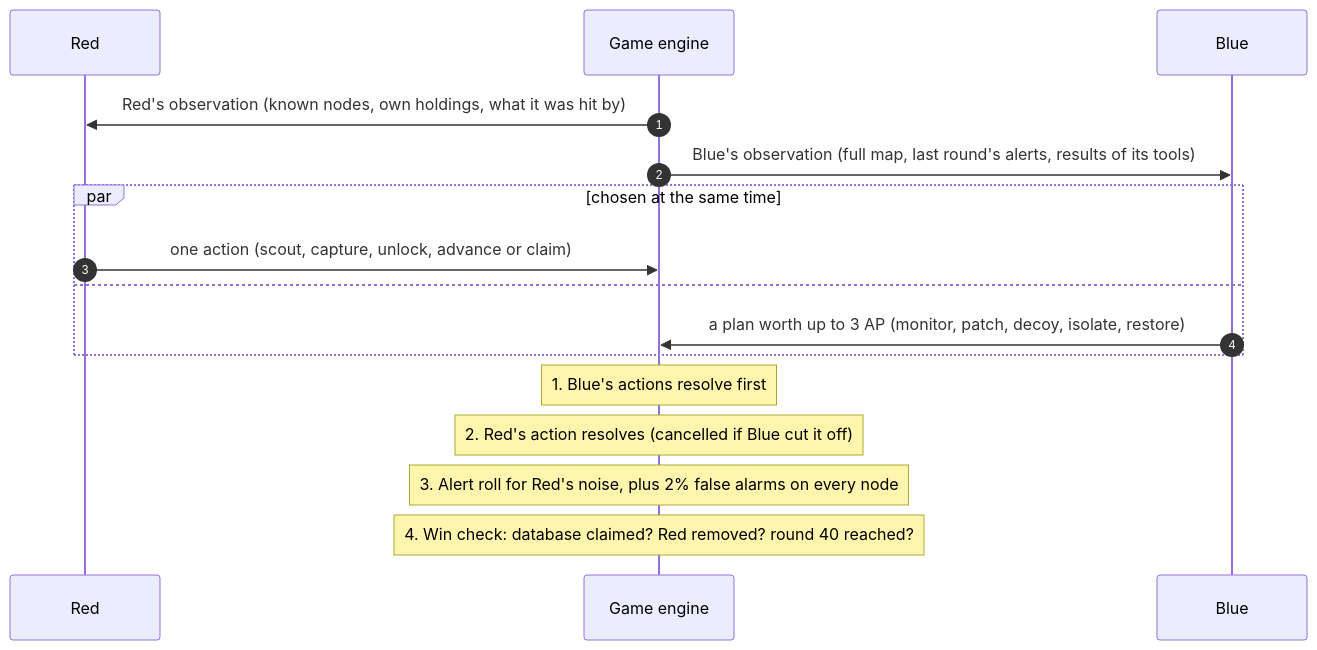
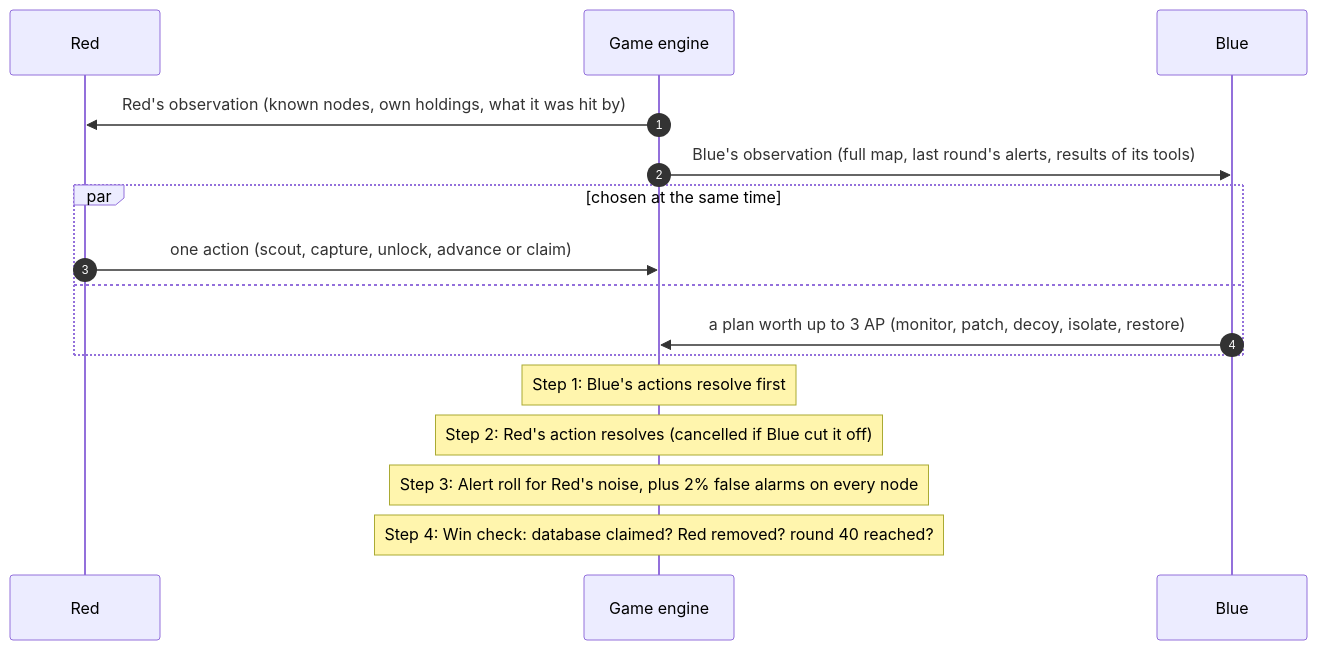
Before and after one commit to shadowfax-505/Zero-Day: the fifth of 12 diagrams in README.md, drawn with Mermaid. The commit also changed other lines of this file, not shown here.

Commit message:
README: fix the co-evolution diagram on GitHub

````diff
--- a/README.md
+++ b/README.md
@@ -236,18 +236,18 @@
 ```mermaid
 sequenceDiagram
     autonumber
     participant R as Red
     participant G as Game engine
     participant B as Blue
     G->>R: Red's observation (known nodes, own holdings, what it was hit by)
     G->>B: Blue's observation (full map, last round's alerts, results of its tools)
     par chosen at the same time
         R->>G: one action (scout, capture, unlock, advance or claim)
     and
         B->>G: a plan worth up to 3 AP (monitor, patch, decoy, isolate, restore)
     end
-    Note over G: 1. Blue's actions resolve first
-    Note over G: 2. Red's action resolves (cancelled if Blue cut it off)
-    Note over G: 3. Alert roll for Red's noise, plus 2% false alarms on every node
-    Note over G: 4. Win check: database claimed? Red removed? round 40 reached?
+    Note over G: Step 1: Blue's actions resolve first
+    Note over G: Step 2: Red's action resolves (cancelled if Blue cut it off)
+    Note over G: Step 3: Alert roll for Red's noise, plus 2% false alarms on every node
+    Note over G: Step 4: Win check: database claimed? Red removed? round 40 reached?
 ```
````
